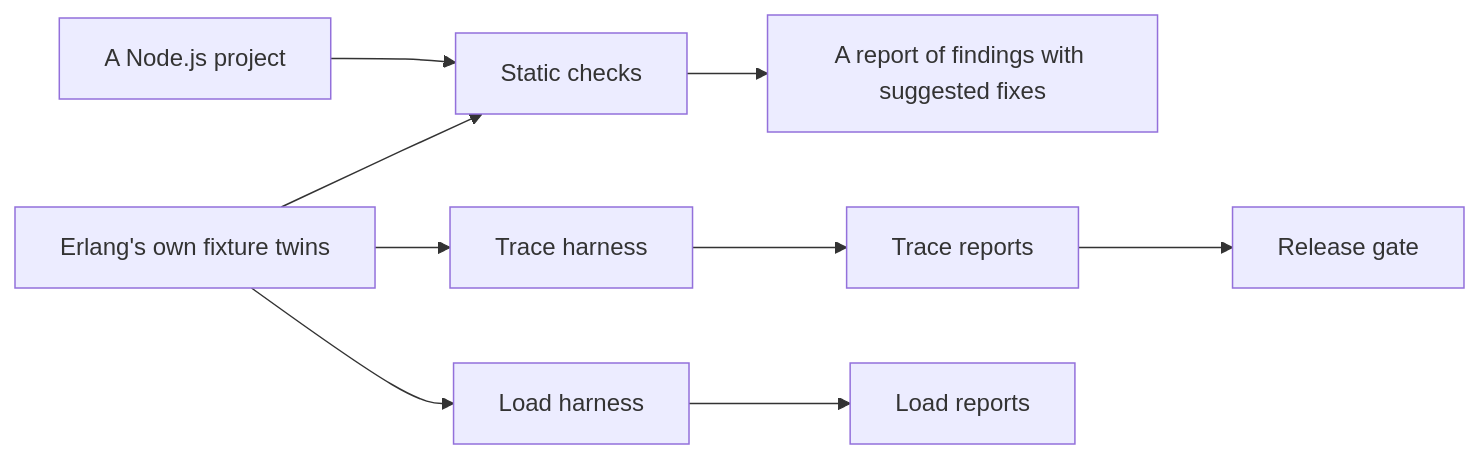
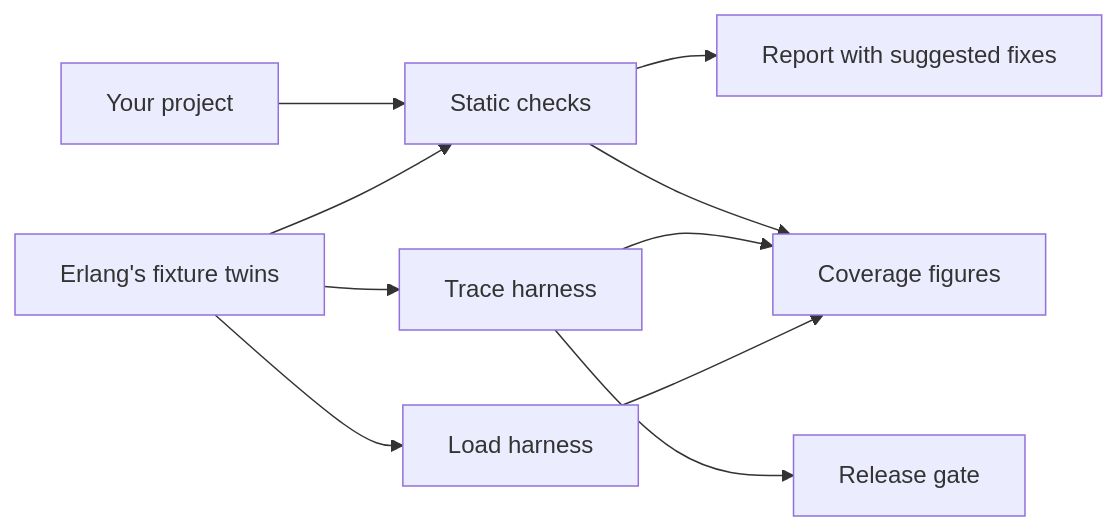
The diagram in README.md (atishaypahadiya/Erlang), drawn with Mermaid before and after one commit. The commit also changed other lines of this file and 27 other files, not shown here.

````diff
--- a/README.md
+++ b/README.md
@@ -55,11 +112,12 @@
 ```mermaid
 flowchart LR
-  project[A Node.js project] --> static[Static checks]
-  twins[Erlang's own fixture twins] --> static
+  yours[Your project] --> static[Static checks]
+  static --> report[Report with suggested fixes]
+  twins[Erlang's fixture twins] --> static
   twins --> trace[Trace harness]
   twins --> load[Load harness]
-  static --> report[A report of findings with suggested fixes]
-  trace --> treports[Trace reports]
-  load --> lreports[Load reports]
-  treports --> gate[Release gate]
+  trace --> gate[Release gate]
+  static --> coverage[Coverage figures]
+  trace --> coverage
+  load --> coverage
 ```
````
